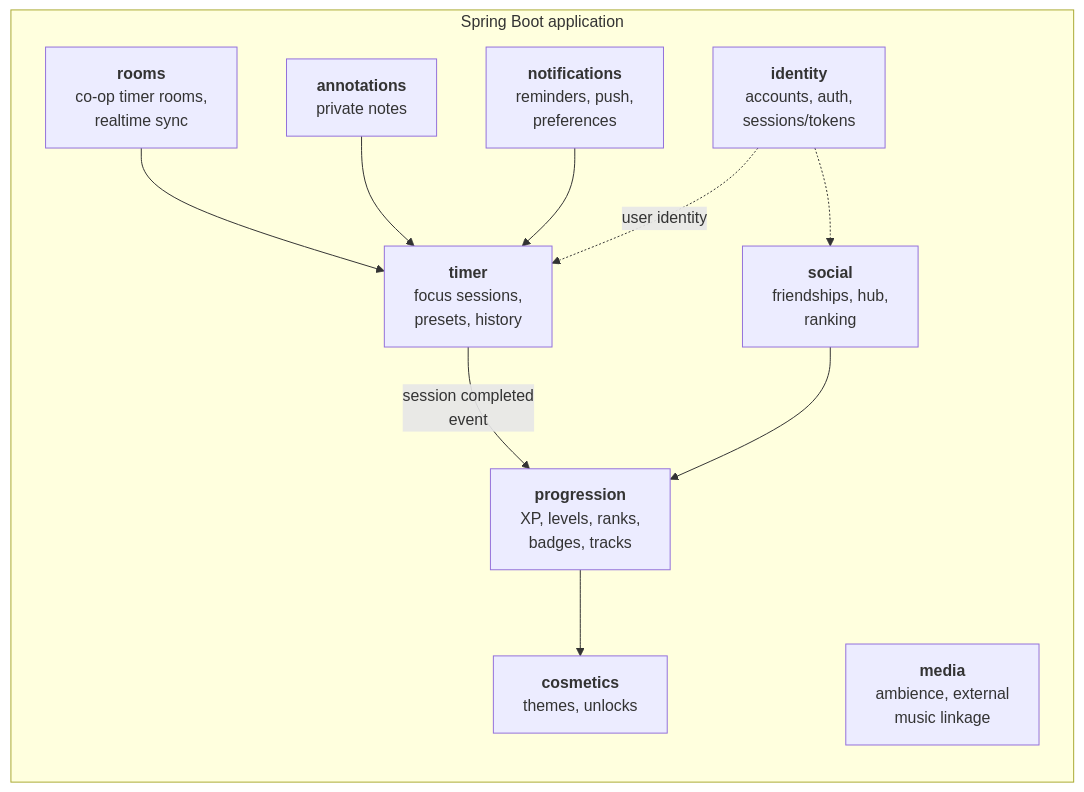
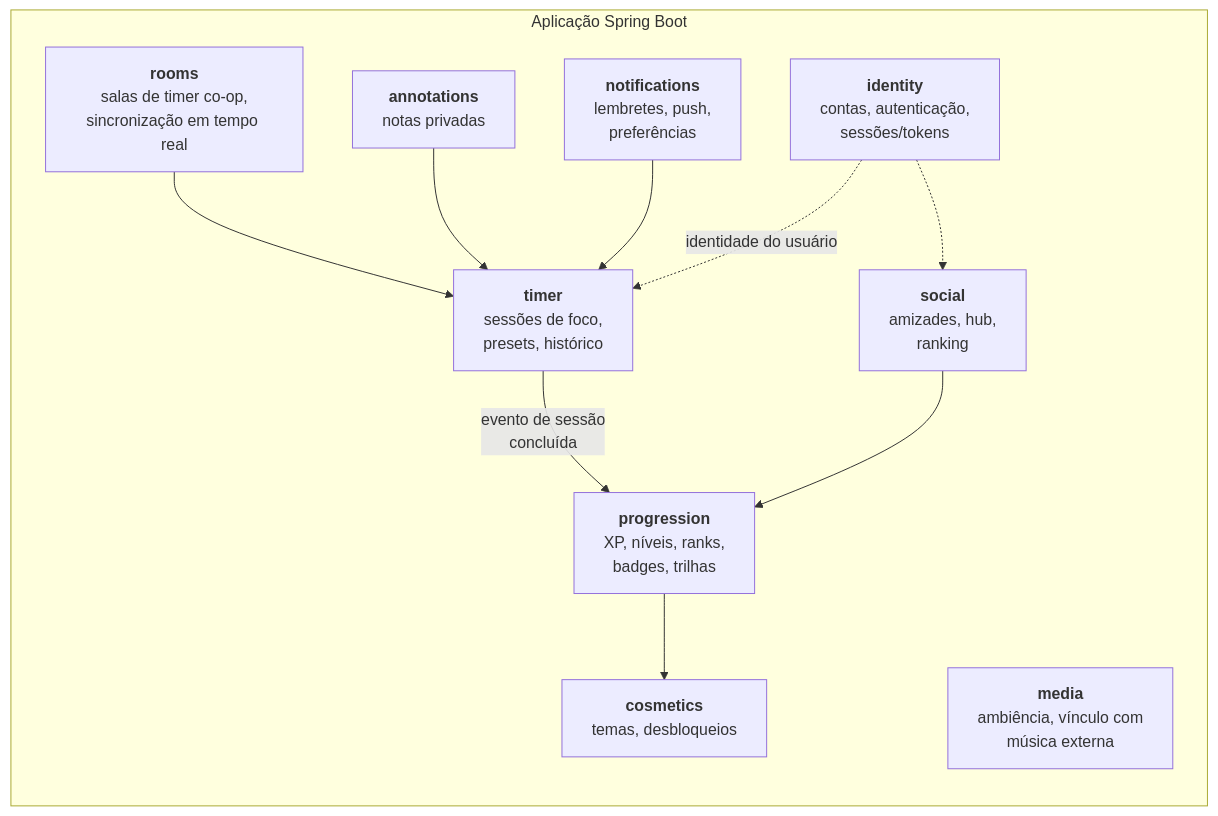
The third of 5 diagrams in docs/02-architecture.md (muliroZ/StarlightTimer), drawn with Mermaid before and after one commit. The commit also changed other lines of this file and 6 other files, not shown here.

````diff
--- a/docs/02-architecture.md
+++ b/docs/02-architecture.md
@@ -76,24 +76,24 @@
 ```mermaid
 graph LR
-    subgraph App["Spring Boot application"]
+    subgraph App["Aplicação Spring Boot"]
         direction TB
-        IDENTITY["<b>identity</b><br/>accounts, auth,<br/>sessions/tokens"]
-        TIMER["<b>timer</b><br/>focus sessions,<br/>presets, history"]
-        PROG["<b>progression</b><br/>XP, levels, ranks,<br/>badges, tracks"]
-        SOCIAL["<b>social</b><br/>friendships, hub,<br/>ranking"]
-        ROOMS["<b>rooms</b><br/>co-op timer rooms,<br/>realtime sync"]
-        NOTES["<b>annotations</b><br/>private notes"]
-        NOTIFY["<b>notifications</b><br/>reminders, push,<br/>preferences"]
-        MEDIA["<b>media</b><br/>ambience, external<br/>music linkage"]
-        COSMET["<b>cosmetics</b><br/>themes, unlocks"]
+        IDENTITY["<b>identity</b><br/>contas, autenticação,<br/>sessões/tokens"]
+        TIMER["<b>timer</b><br/>sessões de foco,<br/>presets, histórico"]
+        PROG["<b>progression</b><br/>XP, níveis, ranks,<br/>badges, trilhas"]
+        SOCIAL["<b>social</b><br/>amizades, hub,<br/>ranking"]
+        ROOMS["<b>rooms</b><br/>salas de timer co-op,<br/>sincronização em tempo real"]
+        NOTES["<b>annotations</b><br/>notas privadas"]
+        NOTIFY["<b>notifications</b><br/>lembretes, push,<br/>preferências"]
+        MEDIA["<b>media</b><br/>ambiência, vínculo com<br/>música externa"]
+        COSMET["<b>cosmetics</b><br/>temas, desbloqueios"]
     end
 
-    TIMER -->|"session completed<br/>event"| PROG
+    TIMER -->|"evento de sessão<br/>concluída"| PROG
     ROOMS --> TIMER
     PROG --> COSMET
     SOCIAL --> PROG
     NOTES --> TIMER
     NOTIFY --> TIMER
-    IDENTITY -.->|"user identity"| TIMER
+    IDENTITY -.->|"identidade do usuário"| TIMER
     IDENTITY -.-> SOCIAL
 ```
````
